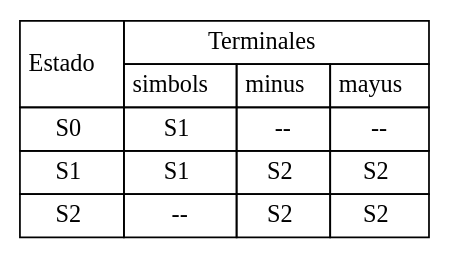
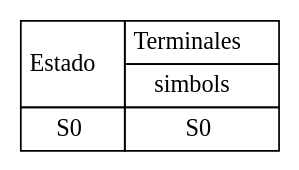
The diagram in OLC1_Proyecto1_201900629/DOT/erAzarTrans.dot (SolisMario/OLC1_Proyecto1_201900629), drawn with Graphviz before and after one commit. The commit also changed 132 other files, not shown here.

```diff
--- a/OLC1_Proyecto1_201900629/DOT/erAzarTrans.dot
+++ b/OLC1_Proyecto1_201900629/DOT/erAzarTrans.dot
@@ -1,17 +1,13 @@
 digraph tablatransiciones {
 abc [shape=none, margin=0, label=<
 <TABLE BORDER="0" CELLBORDER="1" CELLSPACING="0" CELLPADDING="4">
 <TR>
 <TD ROWSPAN="2">Estado</TD>
-<TD COLSPAN="3">Terminales</TD>
+<TD COLSPAN="1">Terminales</TD>
 </TR>
 <TR>
-<TD>simbols</TD><TD>minus</TD><TD>mayus</TD></TR>
+<TD>simbols</TD></TR>
 <TR>
-<TD>S0</TD><TD>S1</TD><TD>--</TD><TD>--</TD></TR>
-<TR>
-<TD>S1</TD><TD>S1</TD><TD>S2</TD><TD>S2</TD></TR>
-<TR>
-<TD>S2</TD><TD>--</TD><TD>S2</TD><TD>S2</TD></TR>
+<TD>S0</TD><TD>S0</TD></TR>
 </TABLE>>];
 }
```
